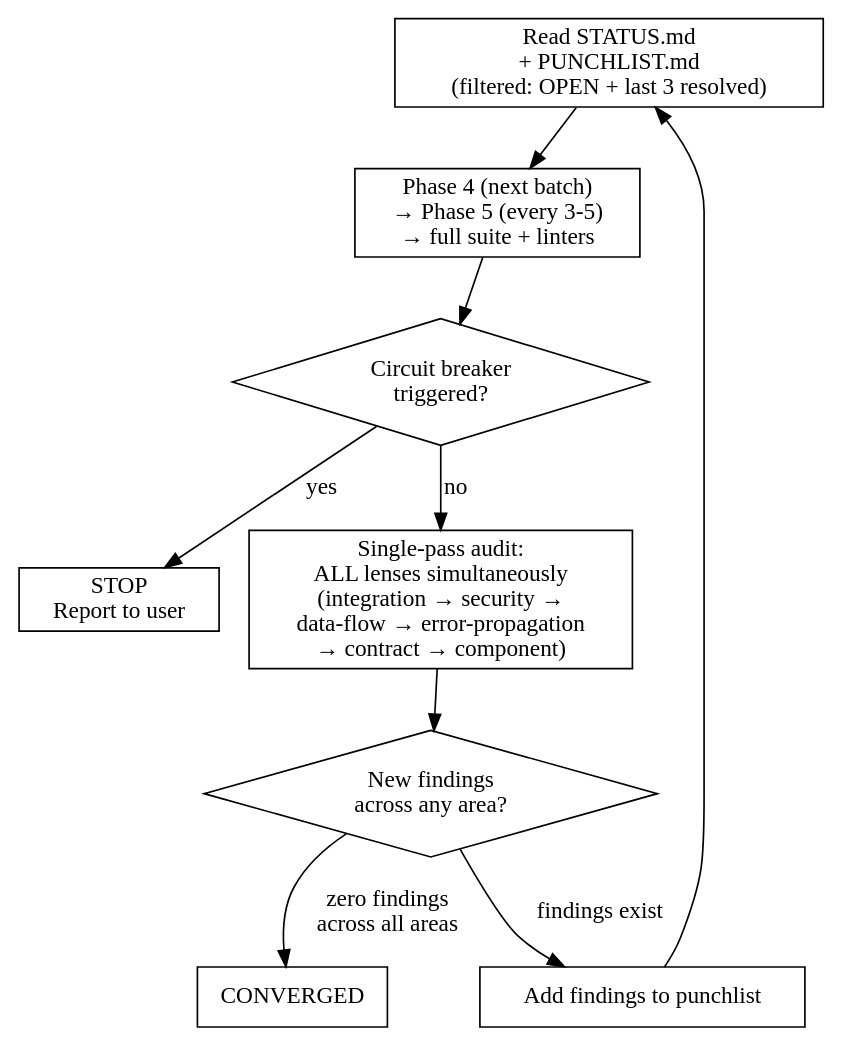
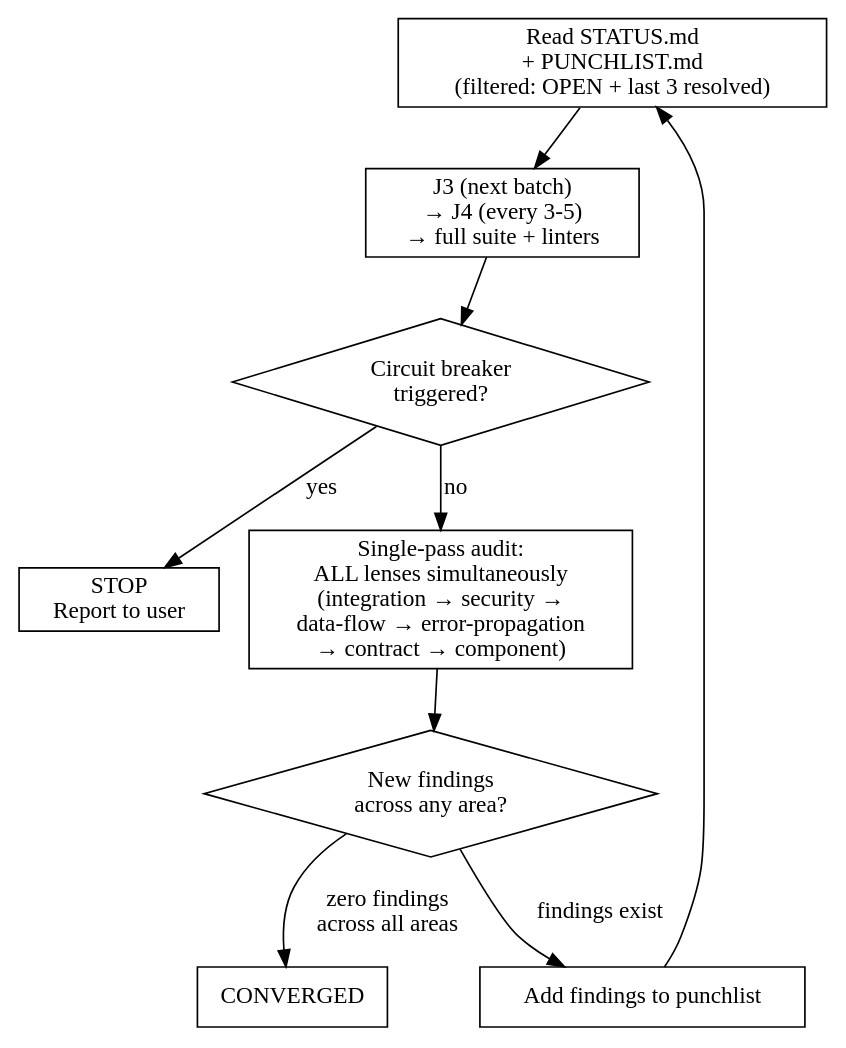
The diagram in skills/holtz/references/justine-skill.md (jbrjake/holtz), drawn with Graphviz before and after one commit. The commit also changed other lines of this file and 1 other file, not shown here.

````diff
--- a/skills/holtz/references/justine-skill.md
+++ b/skills/holtz/references/justine-skill.md
@@ -311,24 +309,24 @@
 ```dot
 digraph {
   rankdir=TB
   node [shape=box]
 
   recover [label="Read STATUS.md\n+ PUNCHLIST.md\n(filtered: OPEN + last 3 resolved)"]
-  fix_loop [label="Phase 4 (next batch)\n→ Phase 5 (every 3-5)\n→ full suite + linters"]
+  fix_loop [label="J3 (next batch)\n→ J4 (every 3-5)\n→ full suite + linters"]
   breaker [label="Circuit breaker\ntriggered?" shape=diamond]
   stop [label="STOP\nReport to user"]
   scan [label="Single-pass audit:\nALL lenses simultaneously\n(integration → security →\ndata-flow → error-propagation\n→ contract → component)"]
   found [label="New findings\nacross any area?" shape=diamond]
   converged [label="CONVERGED"]
   add [label="Add findings to punchlist"]
 
   recover -> fix_loop
   fix_loop -> breaker
   breaker -> stop [label="yes"]
   breaker -> scan [label="no"]
   scan -> found
   found -> converged [label="zero findings\nacross all areas"]
   found -> add [label="findings exist"]
   add -> recover
 }
 ```
````
